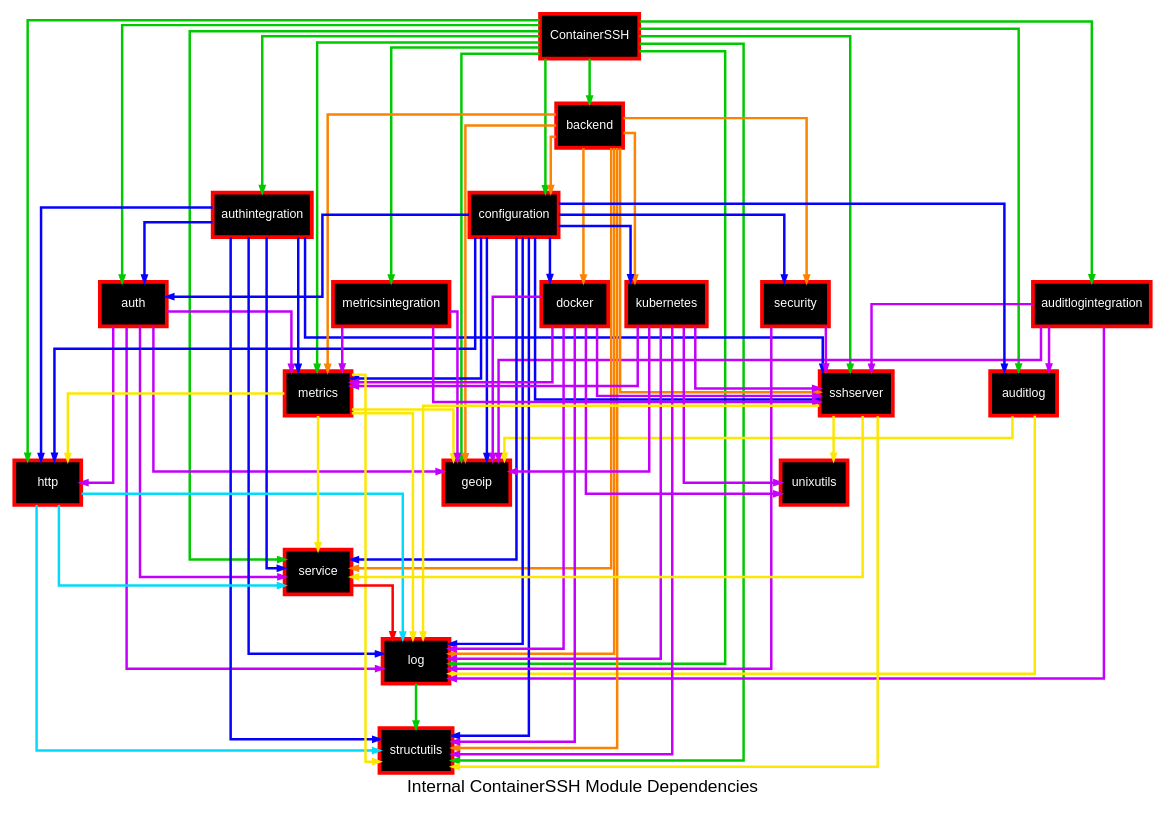
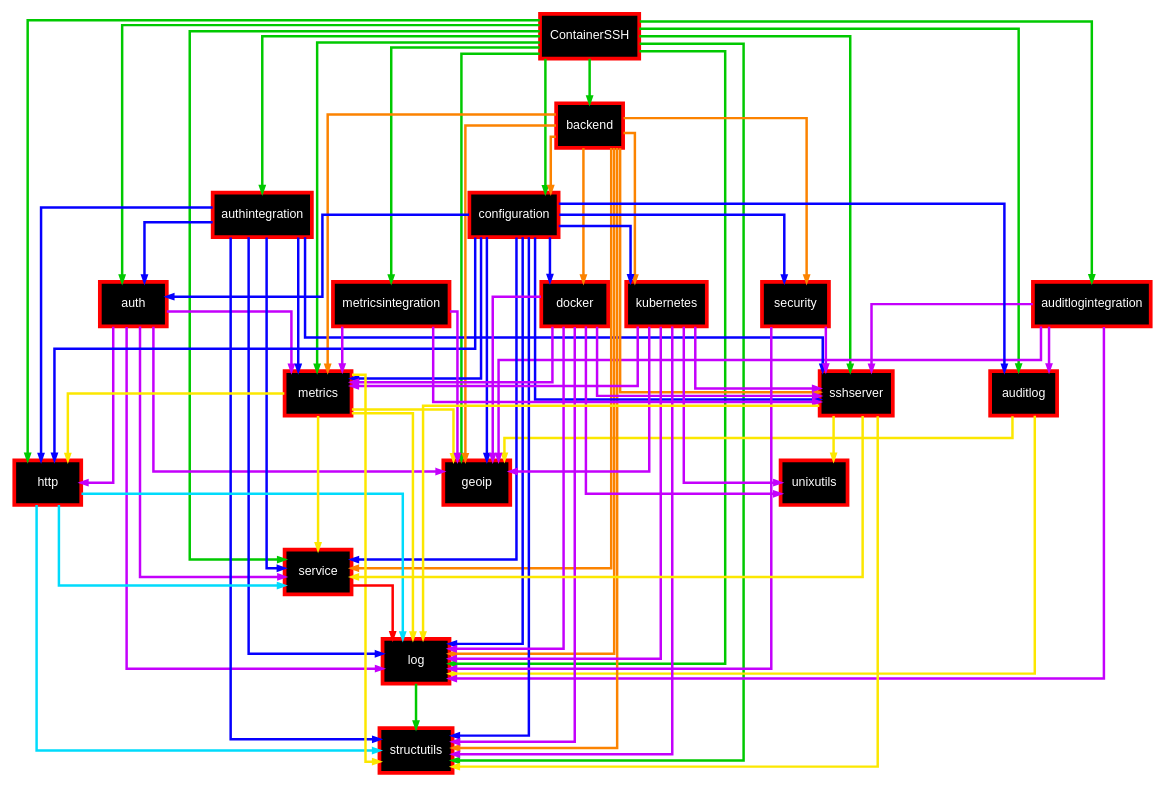
The diagram in docs/development/containerssh/modules.dot (ContainerSSH/containerssh.github.io), drawn with Graphviz before and after one commit. The commit also changed 1 other file, not shown here.

Commit message:
Removed graph label

```diff
--- a/docs/development/containerssh/modules.dot
+++ b/docs/development/containerssh/modules.dot
@@ -1,124 +1,124 @@
 digraph ContainerSSH {
     concentrate=true;
-    graph [label="Internal ContainerSSH Module Dependencies", splines=ortho, nodesep=0.2, fontname="Arial", concentrate=true]
+    graph [splines=ortho, nodesep=0.2, fontname="Arial", concentrate=true]
     node [shape=box, style=filled, fillcolor=black, color=red, fontcolor=white, fontsize=10, fontname="Arial", penwidth=3]
     edge [penwidth=2, color="#00C900", arrowsize=0.5, tailclip=true]
 
     ContainerSSH [url="https://github.com/containerssh/containerssh"]
     auditlog [url="https://github.com/containerssh/auditlog"]
     auditlogintegration [url="https://github.com/containerssh/auditlogintegration"]
     auth [url="https://github.com/containerssh/auth"]
     authintegration [url="https://github.com/containerssh/authintegration"]
     backend [url="https://github.com/containerssh/backend"]
     configuration [url="https://github.com/containerssh/configuration"]
     docker [url="https://github.com/containerssh/docker"]
     http [url="https://github.com/containerssh/http"]
     kubernetes [url="https://github.com/containerssh/kubernetes"]
     log [url="https://github.com/containerssh/log"]
     metrics [url="https://github.com/containerssh/metrics"]
     metricsintegration [url="https://github.com/containerssh/metricsintegration"]
     security [url="https://github.com/containerssh/security"]
     service [url="https://github.com/containerssh/service"]
     sshserver [url="https://github.com/containerssh/sshserver"]
 
     ContainerSSH -> auditlog [color="#00C900"]
     ContainerSSH -> auditlogintegration [color="#00C900"]
     ContainerSSH -> auth [color="#00C900"]
     ContainerSSH -> authintegration [color="#00C900"]
     ContainerSSH -> backend [color="#00C900"]
     ContainerSSH -> configuration [color="#00C900"]
     ContainerSSH -> geoip [color="#00C900"]
     ContainerSSH -> http [color="#00C900"]
     ContainerSSH -> log [color="#00C900"]
     ContainerSSH -> metrics [color="#00C900"]
     ContainerSSH -> metricsintegration [color="#00C900"]
     ContainerSSH -> service [color="#00C900"]
     ContainerSSH -> sshserver [color="#00C900"]
     ContainerSSH -> structutils [color="#00C900"]
 
     auditlog -> geoip [color="#fce700"]
     auditlog -> log [color="#fce700"]
 
     auditlogintegration -> auditlog [color="#c400fc"]
     auditlogintegration -> geoip [color="#c400fc"]
     auditlogintegration -> log [color="#c400fc"]
     auditlogintegration -> sshserver [color="#c400fc"]
 
     auth -> geoip [color="#c400fc"]
     auth -> http [color="#c400fc"]
     auth -> log [color="#c400fc"]
     auth -> metrics [color="#c400fc"]
     auth -> service [color="#c400fc"]
 
     authintegration -> auth [color="#0600FF"]
     authintegration -> http [color="#0600FF"]
     authintegration -> log [color="#0600FF"]
     authintegration -> service [color="#0600FF"]
     authintegration -> sshserver [color="#0600FF"]
     authintegration -> structutils [color="#0600FF"]
     authintegration -> metrics [color="#0600FF"]
 
     backend -> configuration [color="#FC8300"]
     backend -> docker [color="#FC8300"]
     backend -> geoip [color="#FC8300"]
     backend -> kubernetes [color="#FC8300"]
     backend -> log [color="#FC8300"]
     backend -> metrics [color="#FC8300"]
     backend -> security [color="#FC8300"]
     backend -> service [color="#FC8300"]
     backend -> sshserver [color="#FC8300"]
     backend -> structutils [color="#FC8300"]
 
     configuration -> auditlog [color="#0600FF"]
     configuration -> auth [color="#0600FF"]
     configuration -> docker [color="#0600FF"]
     configuration -> geoip [color="#0600FF"]
     configuration -> http [color="#0600FF"]
     configuration -> kubernetes [color="#0600FF"]
     configuration -> log [color="#0600FF"]
     configuration -> metrics [color="#0600FF"]
     configuration -> security [color="#0600FF"]
     configuration -> service [color="#0600FF"]
     configuration -> sshserver [color="#0600FF"]
     configuration -> structutils [color="#0600FF"]
 
     docker -> geoip [color="#c400fc"]
     docker -> log [color="#c400fc"]
     docker -> metrics [color="#c400fc"]
     docker -> sshserver [color="#c400fc"]
     docker -> structutils [color="#c400fc"]
     docker -> unixutils [color="#c400fc"]
 
     http -> log [color="#00dbfc"]
     http -> service [color="#00dbfc"]
     http -> structutils [color="#00dbfc"]
 
     kubernetes -> geoip [color="#c400fc"]
     kubernetes -> log [color="#c400fc"]
     kubernetes -> metrics [color="#c400fc"]
     kubernetes -> sshserver [color="#c400fc"]
     kubernetes -> structutils [color="#c400fc"]
     kubernetes -> unixutils [color="#c400fc"]
 
     log -> structutils
 
     metrics -> geoip [color="#fce700"]
     metrics -> http [color="#fce700"]
     metrics -> log [color="#fce700"]
     metrics -> service [color="#fce700"]
     metrics -> structutils [color="#fce700"]
 
     metricsintegration -> geoip [color="#c400fc"]
     metricsintegration -> metrics [color="#c400fc"]
     metricsintegration -> sshserver [color="#c400fc"]
 
     security -> log [color="#c400fc"]
     security -> sshserver [color="#c400fc"]
 
     service -> log [color="#ff0000"]
 
     sshserver -> log [color="#fce700"]
     sshserver -> service [color="#fce700"]
     sshserver -> structutils [color="#fce700"]
     sshserver -> unixutils [color="#fce700"]
 }
```
